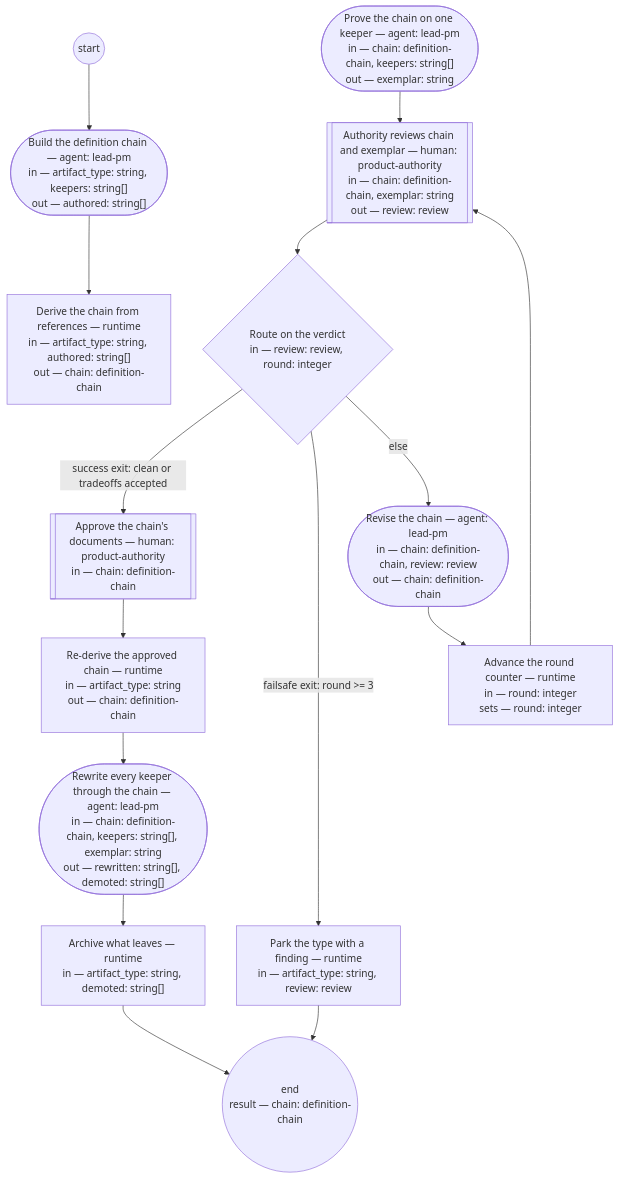
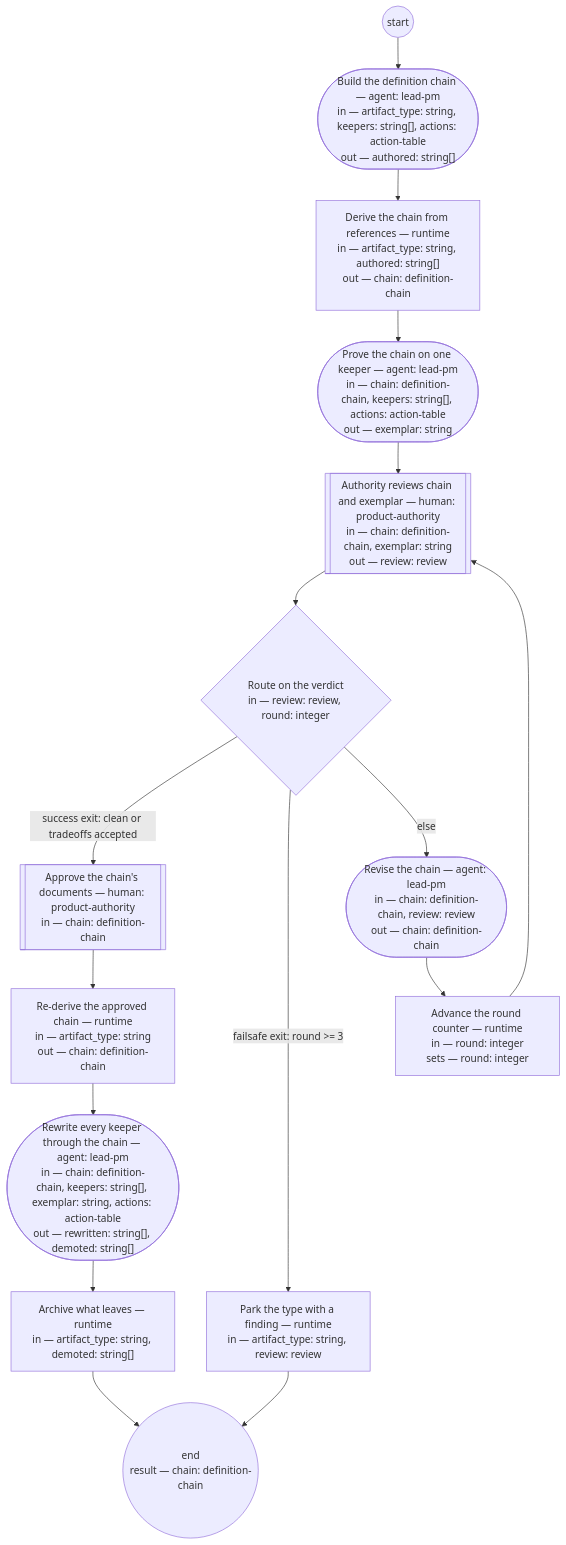
Before and after one commit to dstengle/shopsystem-product: the diagram in basis/processes/definition-chain-migration.md, drawn with Mermaid. The commit also changed other lines of this file and 4 other files, not shown here.

Commit message:
R24 remediation (basis): fix definition-chain-migration flow, add action-table channel, corpus-close-out process, archive contract spec

````diff
--- a/basis/processes/definition-chain-migration.md
+++ b/basis/processes/definition-chain-migration.md
@@ -49,30 +54,31 @@
 ```mermaid
 flowchart TD
-  build_chain(["Build the definition chain — agent: lead-pm<br/>in — artifact_type: string, keepers: string[]<br/>out — authored: string[]"])
+  build_chain(["Build the definition chain — agent: lead-pm<br/>in — artifact_type: string, keepers: string[], actions: action-table<br/>out — authored: string[]"])
   derive_chain["Derive the chain from references — runtime<br/>in — artifact_type: string, authored: string[]<br/>out — chain: definition-chain"]
-  exemplar_rewrite(["Prove the chain on one keeper — agent: lead-pm<br/>in — chain: definition-chain, keepers: string[]<br/>out — exemplar: string"])
+  exemplar_rewrite(["Prove the chain on one keeper — agent: lead-pm<br/>in — chain: definition-chain, keepers: string[], actions: action-table<br/>out — exemplar: string"])
   authority_review[["Authority reviews chain and exemplar — human: product-authority<br/>in — chain: definition-chain, exemplar: string<br/>out — review: review"]]
   route_review{"Route on the verdict<br/>in — review: review, round: integer"}
   revise_chain(["Revise the chain — agent: lead-pm<br/>in — chain: definition-chain, review: review<br/>out — chain: definition-chain"])
   advance_round["Advance the round counter — runtime<br/>in — round: integer<br/>sets — round: integer"]
   approve_chain[["Approve the chain's documents — human: product-authority<br/>in — chain: definition-chain"]]
   rederive_chain["Re-derive the approved chain — runtime<br/>in — artifact_type: string<br/>out — chain: definition-chain"]
-  rewrite_keepers(["Rewrite every keeper through the chain — agent: lead-pm<br/>in — chain: definition-chain, keepers: string[], exemplar: string<br/>out — rewritten: string[], demoted: string[]"])
+  rewrite_keepers(["Rewrite every keeper through the chain — agent: lead-pm<br/>in — chain: definition-chain, keepers: string[], exemplar: string, actions: action-table<br/>out — rewritten: string[], demoted: string[]"])
   archive_retired["Archive what leaves — runtime<br/>in — artifact_type: string, demoted: string[]"]
   park["Park the type with a finding — runtime<br/>in — artifact_type: string, review: review"]
   __end(("end<br/>result — chain: definition-chain"))
   __start(("start")) --> build_chain
   build_chain --> derive_chain
+  derive_chain --> exemplar_rewrite
   exemplar_rewrite --> authority_review
   authority_review --> route_review
   route_review -->|success exit: clean or tradeoffs accepted| approve_chain
   route_review -->|failsafe exit: round >= 3| park
   route_review -->|else| revise_chain
   revise_chain --> advance_round
   advance_round --> authority_review
   approve_chain --> rederive_chain
   rederive_chain --> rewrite_keepers
   rewrite_keepers --> archive_retired
   archive_retired --> __end
   park --> __end
 ```
````
